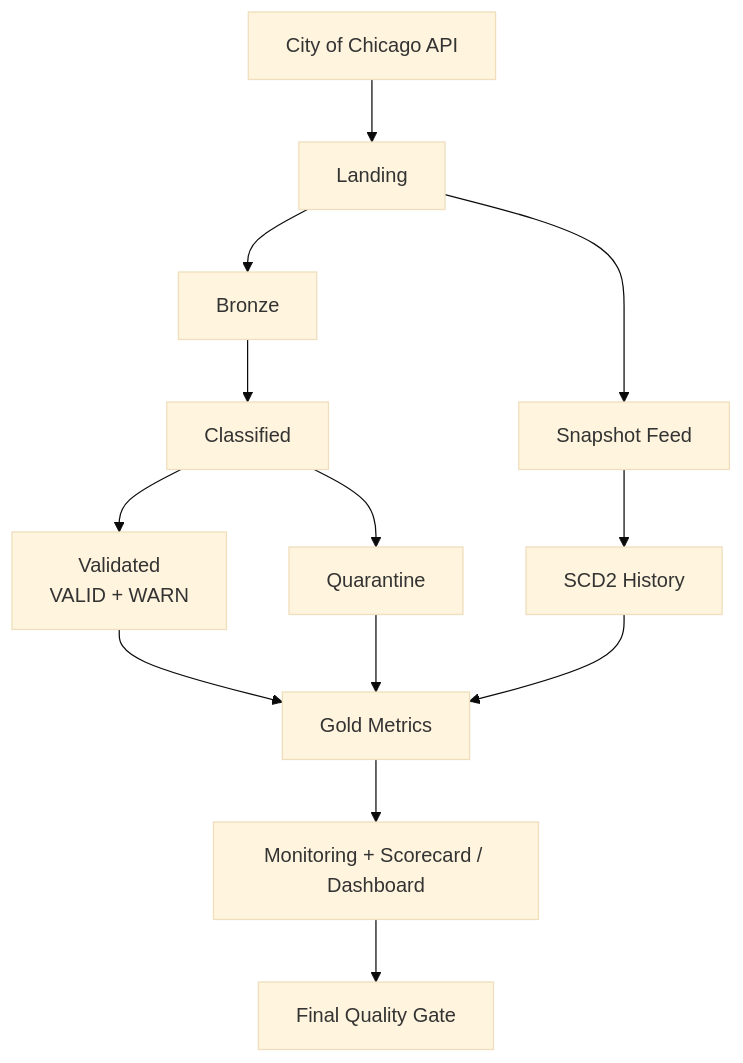
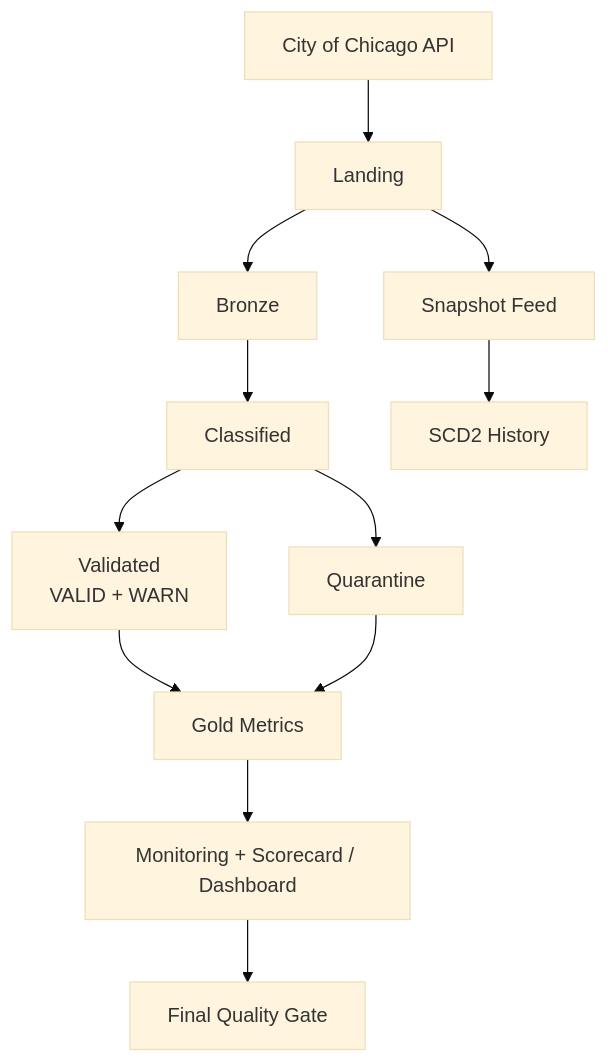
The diagram in labs/lab_07_data_quality_testing/README.md (BadalovP/Databricks-Academy-Lakehouse), drawn with Mermaid (base theme) before and after one commit. The commit also changed other lines of this file, not shown here.

Commit message:
Clarify data quality flow and document environment strategy

````diff
--- a/labs/lab_07_data_quality_testing/README.md
+++ b/labs/lab_07_data_quality_testing/README.md
@@ -74,15 +74,14 @@
 ```mermaid
 flowchart TD
     A[City of Chicago API] --> B[Landing]
     B --> C[Bronze]
     B --> D[Snapshot Feed]
     C --> E[Classified]
     D --> F[SCD2 History]
     E --> G[Validated<br/>VALID + WARN]
     E --> H[Quarantine]
     G --> I[Gold Metrics]
     H --> I
-    F --> I
     I --> J[Monitoring + Scorecard / Dashboard]
     J --> K[Final Quality Gate]
 ```
````
